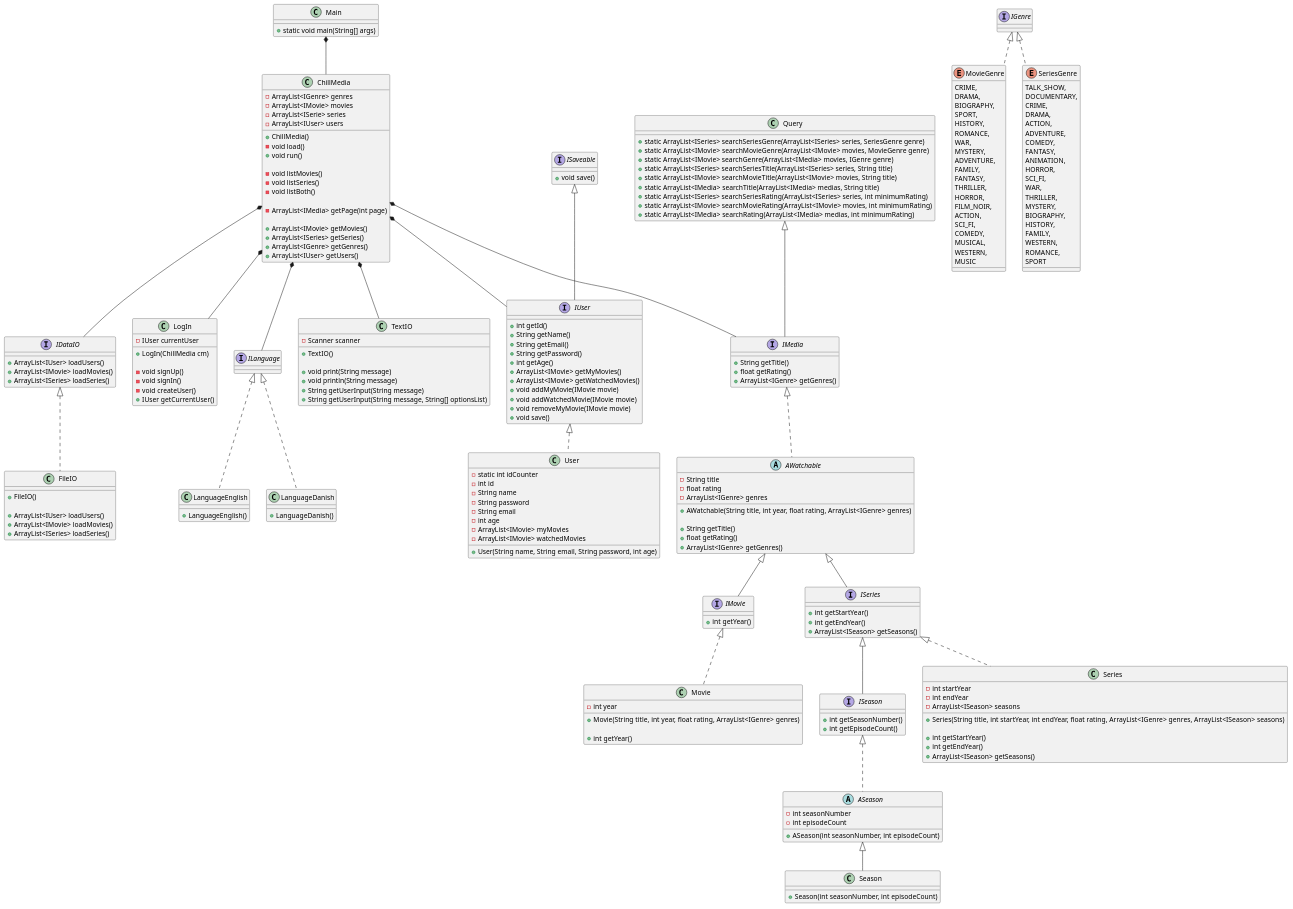
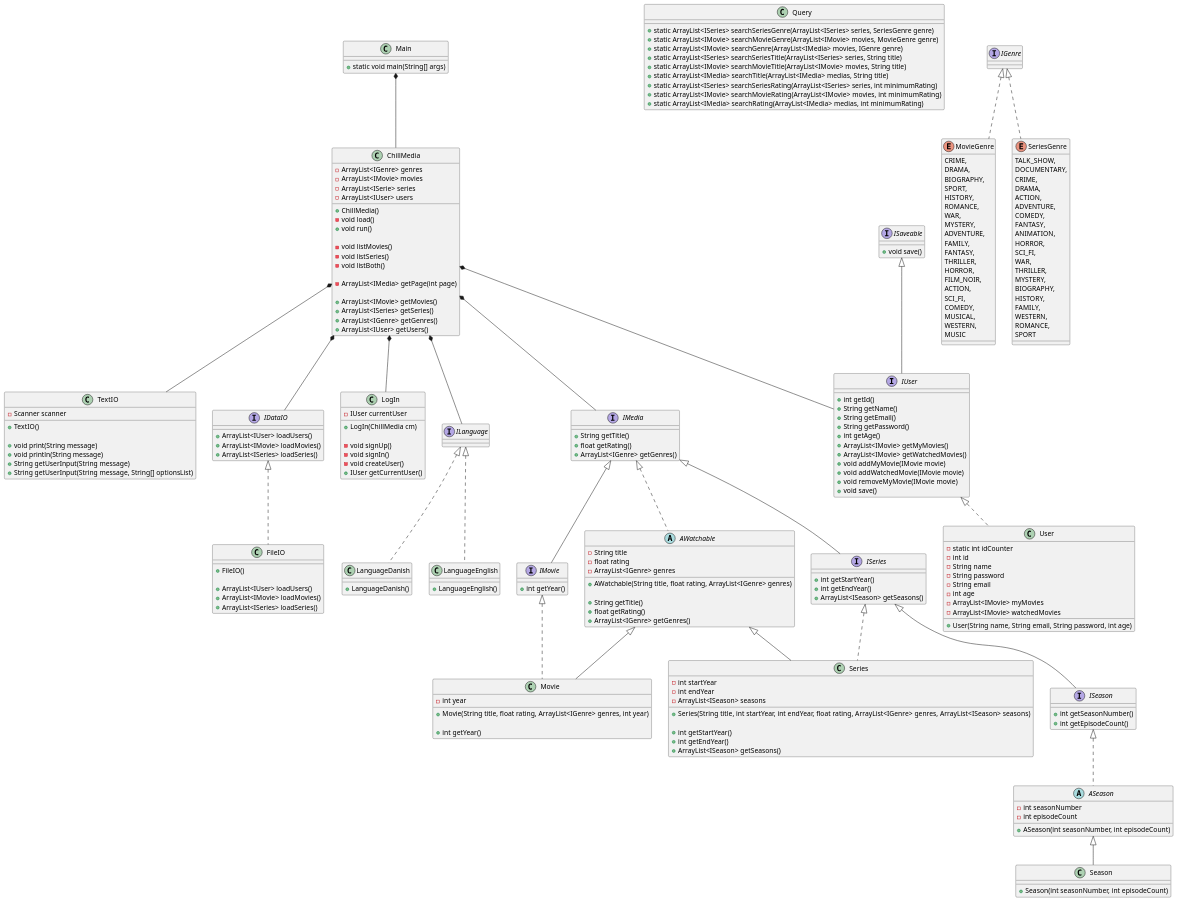
The diagram in Documentation/Streamingtjeneste.puml (Peter537/Dat1-SP3), drawn with PlantUML before and after one commit. The commit also changed 2 other files, not shown here.

```diff
--- a/Documentation/Streamingtjeneste.puml
+++ b/Documentation/Streamingtjeneste.puml
@@ -88,15 +88,15 @@
     + User(String name, String email, String password, int age)
 }
 
-class Movie implements IMovie {
+class Movie extends AWatchable implements IMovie {
     - int year
 
-    + Movie(String title, int year, float rating, ArrayList<IGenre> genres)
+    + Movie(String title, float rating, ArrayList<IGenre> genres, int year)
 
     + int getYear()
 }
 
-class Series implements ISeries {
+class Series extends AWatchable implements ISeries {
     - int startYear
     - int endYear
     - ArrayList<ISeason> seasons
@@ -129,7 +129,7 @@
     - float rating
     - ArrayList<IGenre> genres
 
-    + AWatchable(String title, int year, float rating, ArrayList<IGenre> genres)
+    + AWatchable(String title, float rating, ArrayList<IGenre> genres)
 
     + String getTitle()
     + float getRating()
@@ -148,24 +148,24 @@
 ' INTERFACES
 ' *****************
 
-interface IMedia extends Query {
+interface IMedia {
     + String getTitle()
     + float getRating()
     + ArrayList<IGenre> getGenres()
 }
 
-interface ISeries extends AWatchable {
+interface ISeries extends IMedia {
     + int getStartYear()
     + int getEndYear()
     + ArrayList<ISeason> getSeasons()
 }
 
-interface ISeason implements ISeries {
+interface ISeason extends ISeries {
     + int getSeasonNumber()
     + int getEpisodeCount()
 }
 
-interface IMovie extends AWatchable {
+interface IMovie extends IMedia {
     + int getYear()
 }
 
```
